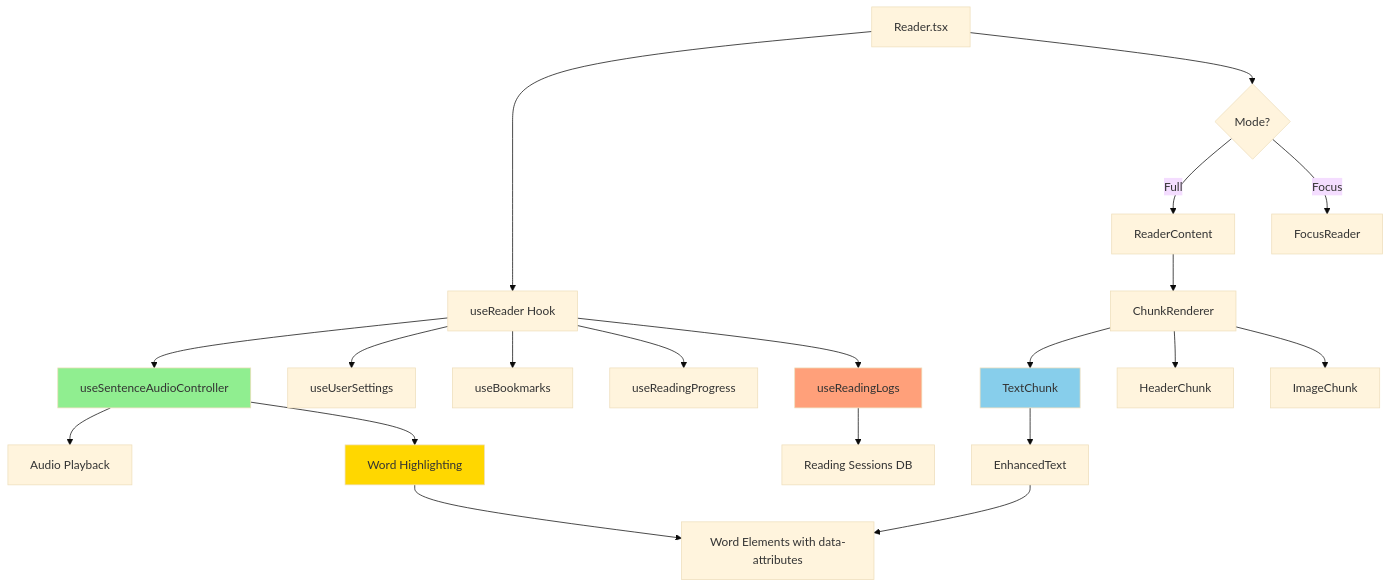
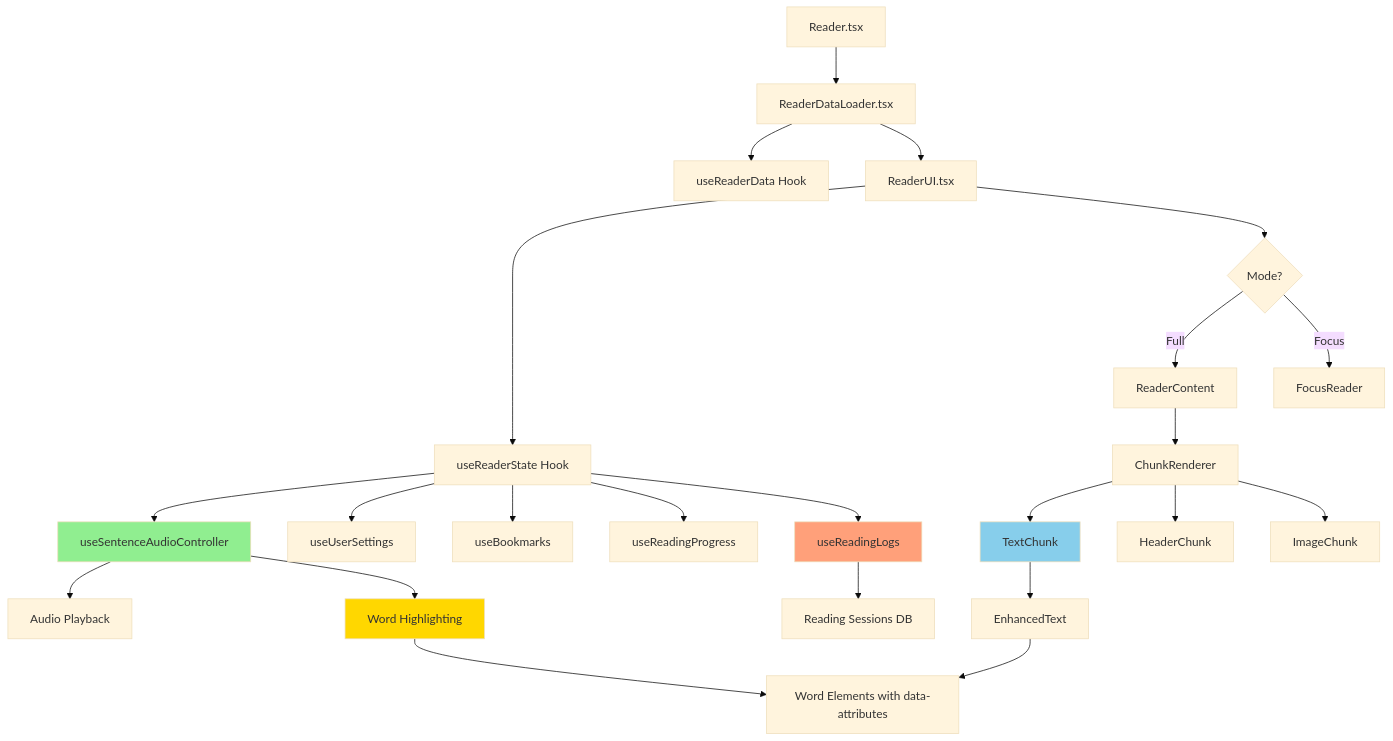
One commit to gileck/book-reader-app changed the second of 5 diagrams in src/client/routes/Reader/README.md. Above: the diagram before and after it, drawn with Mermaid (base theme). The commit also changed other lines of this file and 5 other files, not shown here.

First line of the commit message:
refactor(reader): implement data loader pattern to eliminate race conditions

````diff
--- a/src/client/routes/Reader/README.md
+++ b/src/client/routes/Reader/README.md
@@ -62,33 +144,36 @@
 ```mermaid
 graph TB
-    A[Reader.tsx] --> B[useReader Hook]
-    B --> C[useSentenceAudioController]
-    B --> D[useUserSettings]
-    B --> E[useBookmarks]
-    B --> F[useReadingProgress]
-    B --> G[useReadingLogs]
+    A[Reader.tsx] --> B[ReaderDataLoader.tsx]
+    B --> C[useReaderData Hook]
+    B --> D[ReaderUI.tsx]
+    D --> E[useReaderState Hook]
+    E --> F[useSentenceAudioController]
+    E --> G[useUserSettings]
+    E --> H[useBookmarks]
+    E --> I[useReadingProgress]
+    E --> J[useReadingLogs]
     
-    C --> H[Audio Playback]
-    C --> I[Word Highlighting]
+    F --> K[Audio Playback]
+    F --> L[Word Highlighting]
     
-    G --> J[Reading Sessions DB]
+    J --> M[Reading Sessions DB]
     
-    A --> K{Mode?}
-    K -->|Full| L[ReaderContent]
-    K -->|Focus| M[FocusReader]
+    D --> N{Mode?}
+    N -->|Full| O[ReaderContent]
+    N -->|Focus| P[FocusReader]
     
-    L --> N[ChunkRenderer]
-    N --> O[TextChunk]
-    N --> P[HeaderChunk]
-    N --> Q[ImageChunk]
+    O --> Q[ChunkRenderer]
+    Q --> R[TextChunk]
+    Q --> S[HeaderChunk]
+    Q --> T[ImageChunk]
     
-    O --> R[EnhancedText]
-    R --> S[Word Elements with data-attributes]
+    R --> U[EnhancedText]
+    U --> V[Word Elements with data-attributes]
     
-    I --> S
+    L --> V
     
-    style C fill:#90EE90
-    style I fill:#FFD700
-    style O fill:#87CEEB
-    style G fill:#FFA07A
+    style F fill:#90EE90
+    style L fill:#FFD700
+    style R fill:#87CEEB
+    style J fill:#FFA07A
 ```
````
